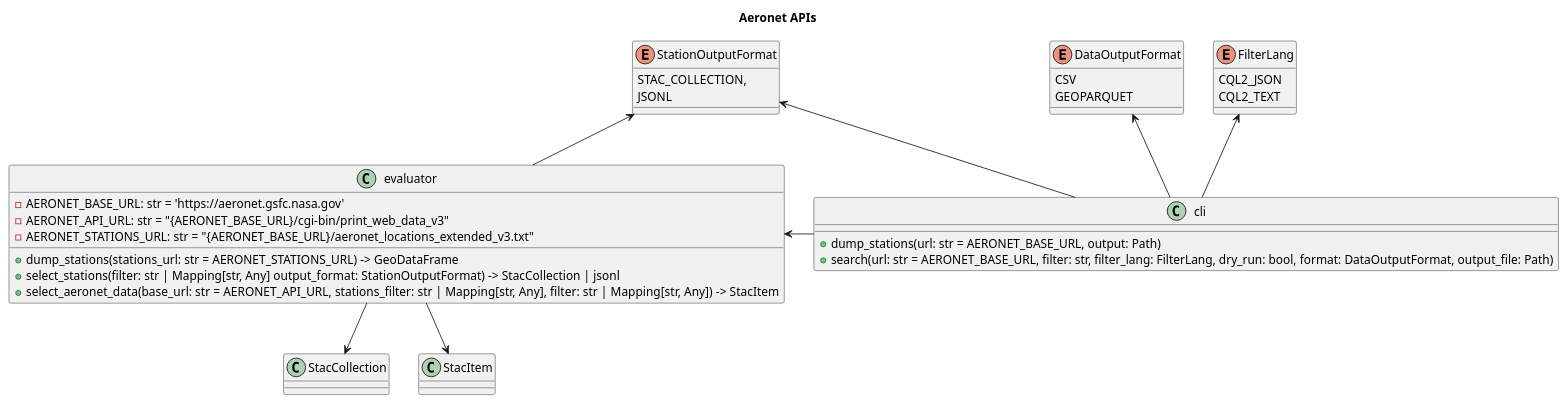
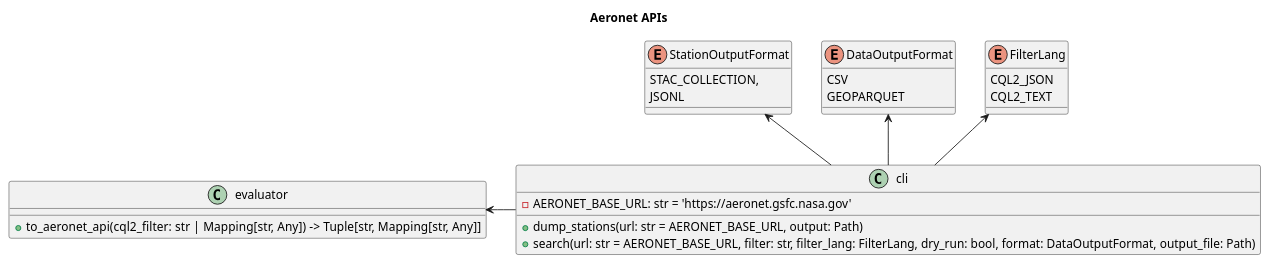
One commit to Terradue/pygeofilter-aeronet changed the diagram in docs/diagrams/src/class.puml. Above: the diagram before and after it, drawn with PlantUML. The commit also changed 5 other files, not shown here.

Commit message:
feat: implemented the method to dump all the locations from CSV format to a STAC Item geoparquet

```diff
--- a/docs/diagrams/src/class.puml
+++ b/docs/diagrams/src/class.puml
@@ -1,42 +1,34 @@
 @startuml
 title Aeronet APIs
 
 enum DataOutputFormat {
   CSV
   GEOPARQUET
 }
 
 enum FilterLang {
   CQL2_JSON
   CQL2_TEXT
 }
 
 enum StationOutputFormat {
   STAC_COLLECTION,
   JSONL
 }
 
 class evaluator {
-    - AERONET_BASE_URL: str = 'https://aeronet.gsfc.nasa.gov'
-    - AERONET_API_URL: str = "{AERONET_BASE_URL}/cgi-bin/print_web_data_v3"
-    - AERONET_STATIONS_URL: str = "{AERONET_BASE_URL}/aeronet_locations_extended_v3.txt"
-    + dump_stations(stations_url: str = AERONET_STATIONS_URL) -> GeoDataFrame
-    + select_stations(filter: str | Mapping[str, Any] output_format: StationOutputFormat) -> StacCollection | jsonl
-    + select_aeronet_data(base_url: str = AERONET_API_URL, stations_filter: str | Mapping[str, Any], filter: str | Mapping[str, Any]) -> StacItem
+  +to_aeronet_api(cql2_filter: str | Mapping[str, Any]) -> Tuple[str, Mapping[str, Any]]
 }
 
-evaluator -u-> StationOutputFormat
-evaluator --> StacCollection
-evaluator --> StacItem
-
 class cli {
+  - AERONET_BASE_URL: str = 'https://aeronet.gsfc.nasa.gov'
   +dump_stations(url: str = AERONET_BASE_URL, output: Path)
   +search(url: str = AERONET_BASE_URL, filter: str, filter_lang: FilterLang, dry_run: bool, format: DataOutputFormat, output_file: Path)
 }
 
 cli -l-> evaluator
 cli -u-> FilterLang
 cli -u-> DataOutputFormat
 cli -u-> StationOutputFormat
 
 @enduml
```
